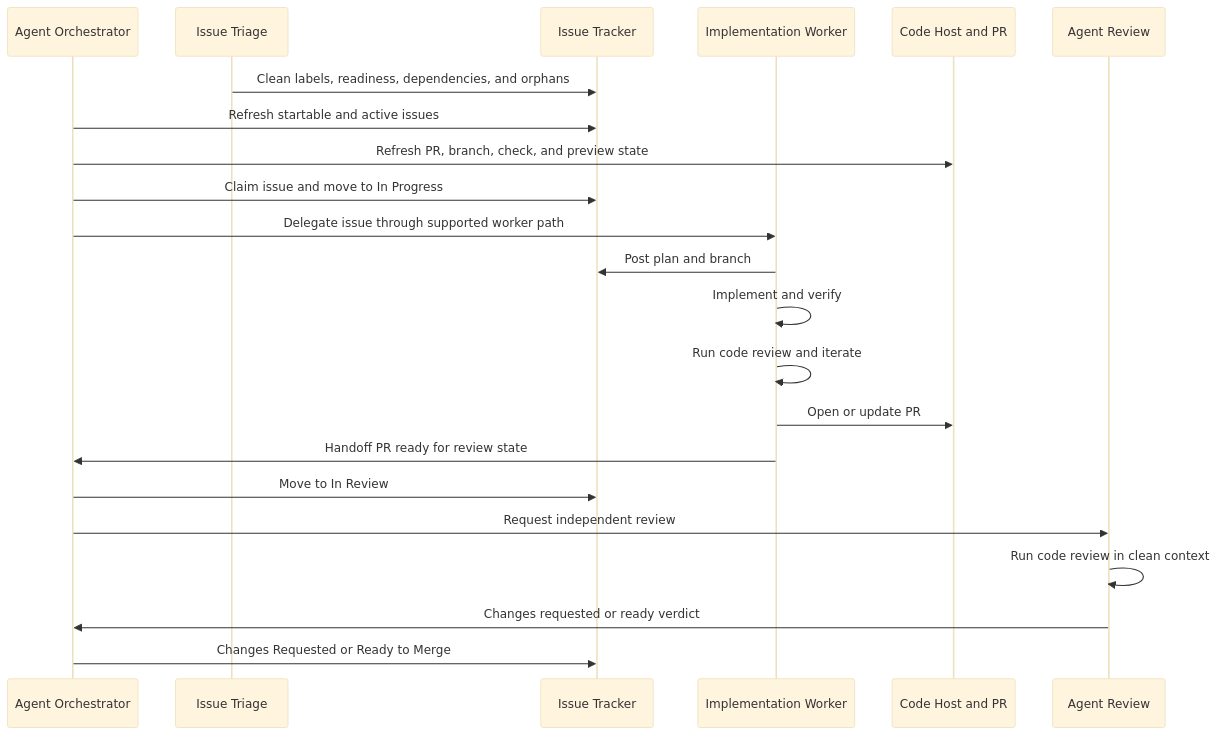
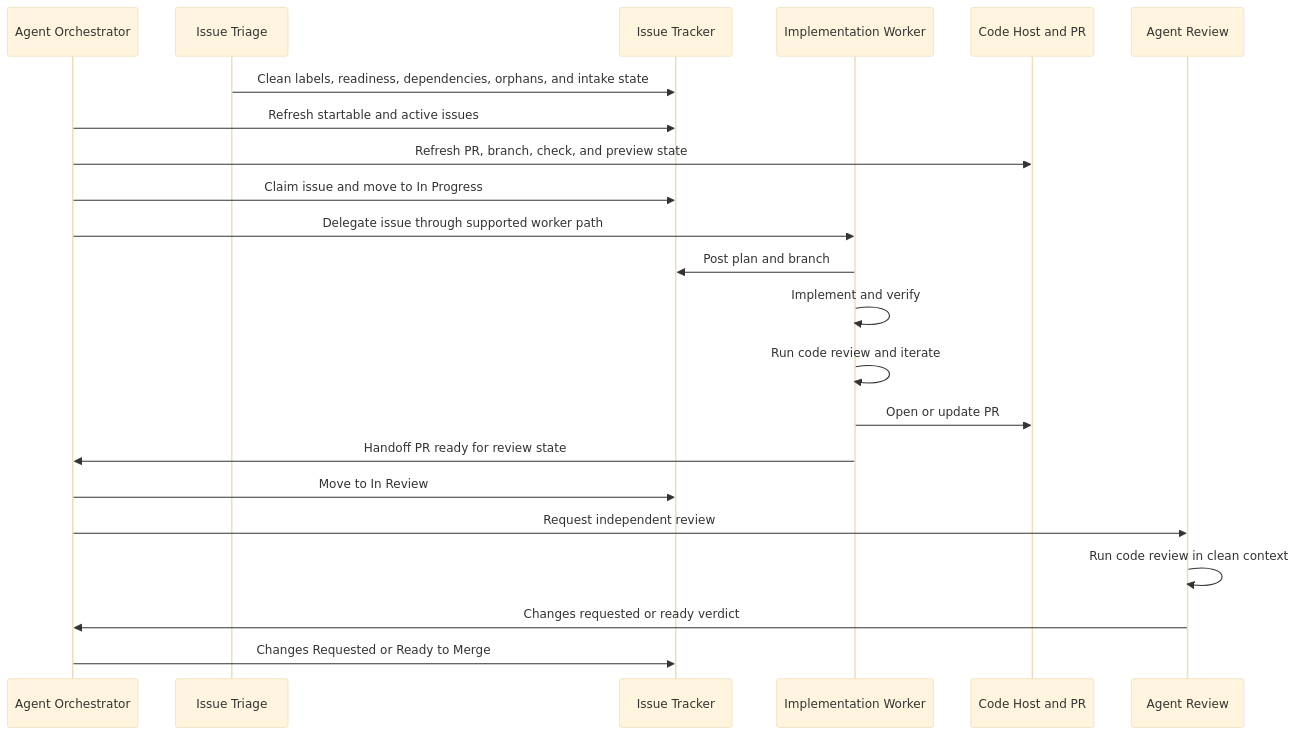
The second of 2 diagrams in docs/agent-workflow.md (zaks-io/skills), drawn with Mermaid (base theme) before and after one commit. The commit also changed other lines of this file and 8 other files, not shown here.

````diff
--- a/docs/agent-workflow.md
+++ b/docs/agent-workflow.md
@@ -145,25 +148,25 @@
 ```mermaid
 sequenceDiagram
   participant Q as Agent Orchestrator
   participant I as Issue Triage
   participant T as Issue Tracker
   participant W as Implementation Worker
   participant G as Code Host and PR
   participant R as Agent Review
 
-  I->>T: Clean labels, readiness, dependencies, and orphans
+  I->>T: Clean labels, readiness, dependencies, orphans, and intake state
   Q->>T: Refresh startable and active issues
   Q->>G: Refresh PR, branch, check, and preview state
   Q->>T: Claim issue and move to In Progress
   Q->>W: Delegate issue through supported worker path
   W->>T: Post plan and branch
   W->>W: Implement and verify
   W->>W: Run code review and iterate
   W->>G: Open or update PR
   W->>Q: Handoff PR ready for review state
   Q->>T: Move to In Review
   Q->>R: Request independent review
   R->>R: Run code review in clean context
   R->>Q: Changes requested or ready verdict
   Q->>T: Changes Requested or Ready to Merge
 ```
````
